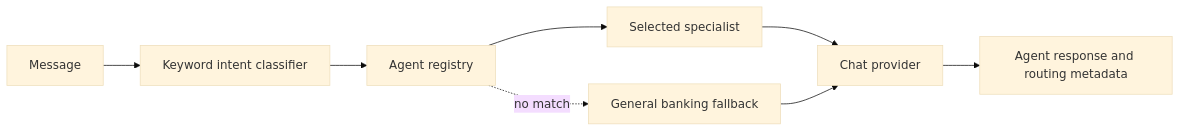
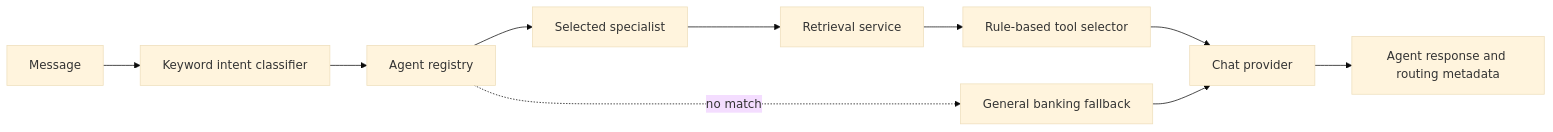
The seventh of 8 diagrams in docs/ARCHITECTURE.md (rawalpuneet1209/ai-foundry), drawn with Mermaid (base theme) before and after one commit. The commit also changed other lines of this file and 33 other files, not shown here.

````diff
--- a/docs/ARCHITECTURE.md
+++ b/docs/ARCHITECTURE.md
@@ -255,10 +255,12 @@
 ```mermaid
 flowchart LR
     Message --> Classifier[Keyword intent classifier]
     Classifier --> Registry[Agent registry]
     Registry --> Specialist[Selected specialist]
     Registry -. no match .-> General[General banking fallback]
-    Specialist --> Provider[Chat provider]
+    Specialist --> Retrieval[Retrieval service]
+    Retrieval --> Selector[Rule-based tool selector]
+    Selector --> Provider[Chat provider]
     General --> Provider
     Provider --> AgentResponse[Agent response and routing metadata]
 ```
````
